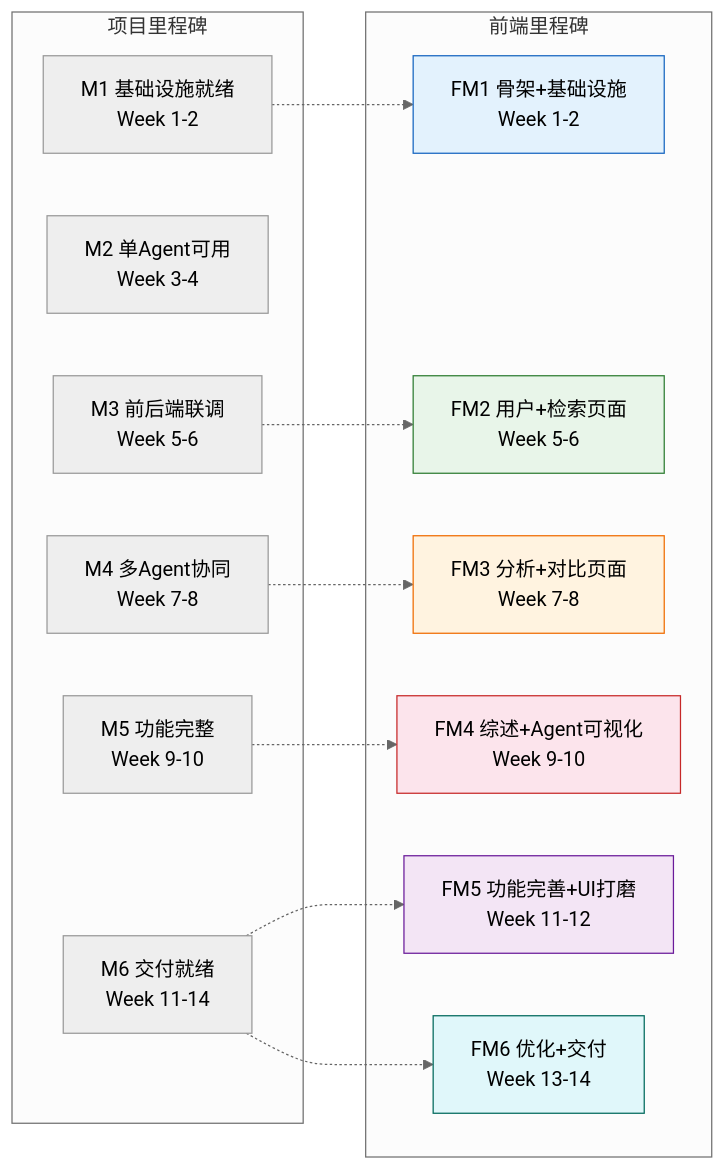
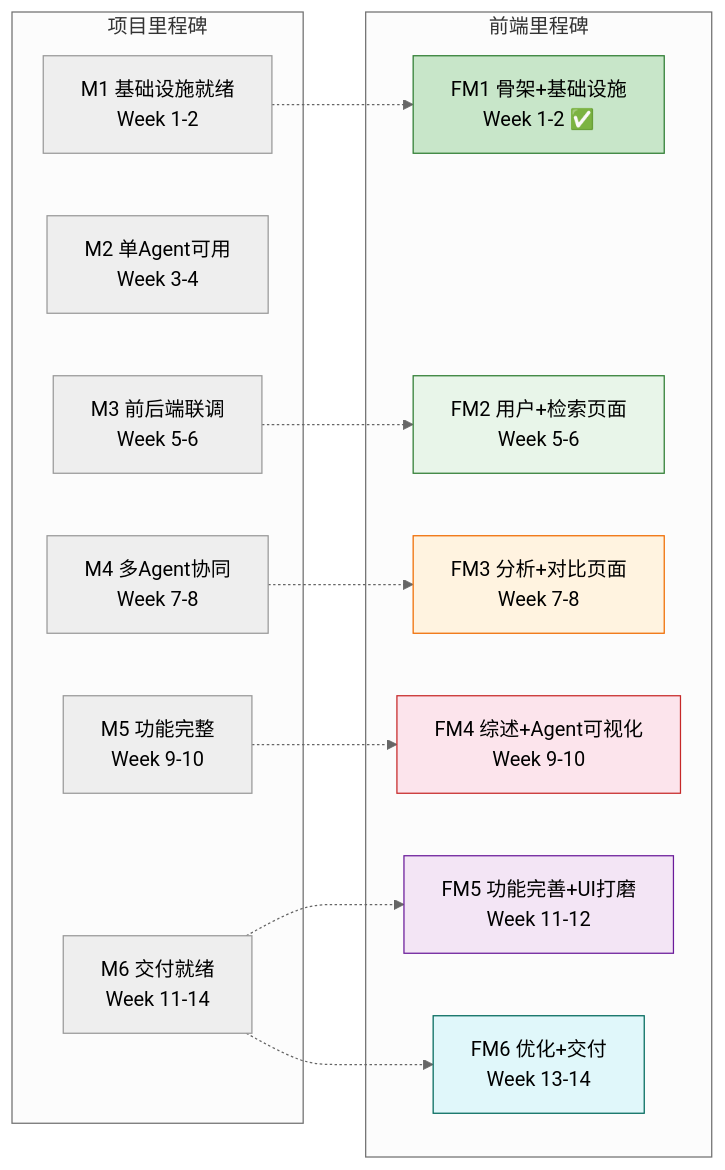
One commit to Fsu7/Veritas- changed the first of 4 diagrams in docs/frontend/前端模块项目里程碑文档.md. Above: the diagram before and after it, drawn with Mermaid (neutral theme). The commit also changed other lines of this file and 3 other files, not shown here.

````diff
--- a/docs/frontend/前端模块项目里程碑文档.md
+++ b/docs/frontend/前端模块项目里程碑文档.md
@@ -55,34 +56,34 @@
 ```mermaid
 graph LR
     subgraph 项目里程碑
         M1["M1 基础设施就绪<br/>Week 1-2"]
         M2["M2 单Agent可用<br/>Week 3-4"]
         M3["M3 前后端联调<br/>Week 5-6"]
         M4["M4 多Agent协同<br/>Week 7-8"]
         M5["M5 功能完整<br/>Week 9-10"]
         M6["M6 交付就绪<br/>Week 11-14"]
     end
 
     subgraph 前端里程碑
-        FM1["FM1 骨架+基础设施<br/>Week 1-2"]
+        FM1["FM1 骨架+基础设施<br/>Week 1-2 ✅"]
         FM2["FM2 用户+检索页面<br/>Week 5-6"]
         FM3["FM3 分析+对比页面<br/>Week 7-8"]
         FM4["FM4 综述+Agent可视化<br/>Week 9-10"]
         FM5["FM5 功能完善+UI打磨<br/>Week 11-12"]
         FM6["FM6 优化+交付<br/>Week 13-14"]
     end
 
     M1 -.-> FM1
     M3 -.-> FM2
     M4 -.-> FM3
     M5 -.-> FM4
     M6 -.-> FM5
     M6 -.-> FM6
 
-    style FM1 fill:#e3f2fd,stroke:#1565c0
+    style FM1 fill:#c8e6c9,stroke:#2e7d32
     style FM2 fill:#e8f5e9,stroke:#2e7d32
     style FM3 fill:#fff3e0,stroke:#ef6c00
     style FM4 fill:#fce4ec,stroke:#c62828
     style FM5 fill:#f3e5f5,stroke:#6a1b9a
     style FM6 fill:#e0f7fa,stroke:#00695c
 ```
````
